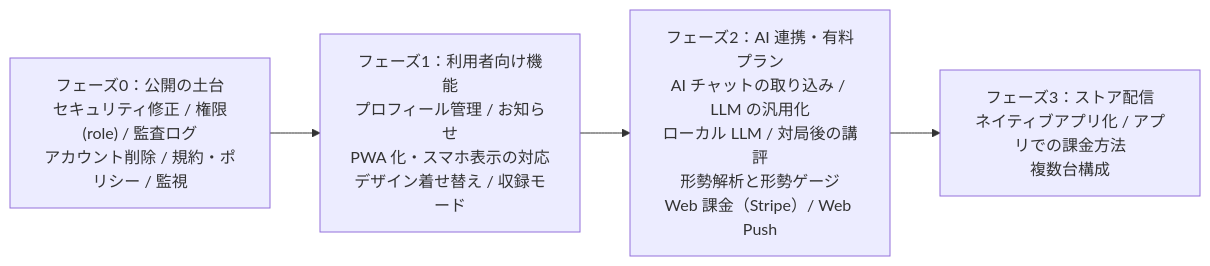
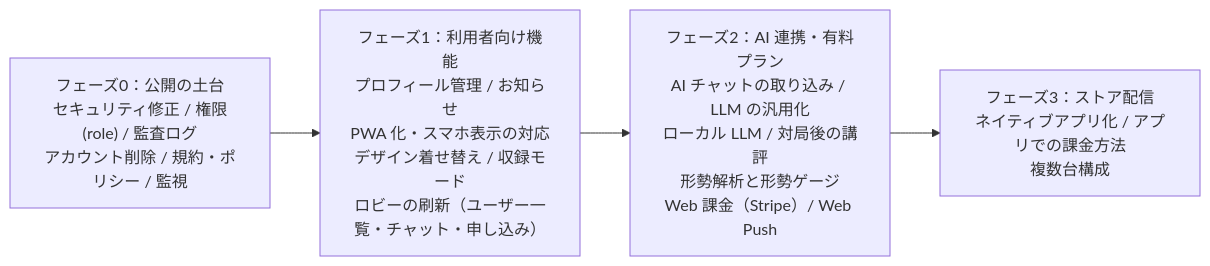
Before and after one commit to fsugano/igo-server: the first of 6 diagrams in docs/technical-requirements.md, drawn with Mermaid. The commit also changed other lines of this file and 1 other file, not shown here.

First line of the commit message:
docs: 技術要件書にロビーの刷新（オンラインユーザー一覧・チャット・対局の申し込み）を追加 (#6)

````diff
--- a/docs/technical-requirements.md
+++ b/docs/technical-requirements.md
@@ -285,8 +287,8 @@
 ```mermaid
 flowchart LR
   P0["フェーズ0：公開の土台<br/>セキュリティ修正 / 権限(role) / 監査ログ<br/>アカウント削除 / 規約・ポリシー / 監視"]
-  P1["フェーズ1：利用者向け機能<br/>プロフィール管理 / お知らせ<br/>PWA 化・スマホ表示の対応<br/>デザイン着せ替え / 収録モード"]
+  P1["フェーズ1：利用者向け機能<br/>プロフィール管理 / お知らせ<br/>PWA 化・スマホ表示の対応<br/>デザイン着せ替え / 収録モード<br/>ロビーの刷新（ユーザー一覧・チャット・申し込み）"]
   P2["フェーズ2：AI 連携・有料プラン<br/>AI チャットの取り込み / LLM の汎用化<br/>ローカル LLM / 対局後の講評<br/>形勢解析と形勢ゲージ<br/>Web 課金（Stripe）/ Web Push"]
   P3["フェーズ3：ストア配信<br/>ネイティブアプリ化 / アプリでの課金方法<br/>複数台構成"]
   P0 --> P1 --> P2 --> P3
 ```
````
